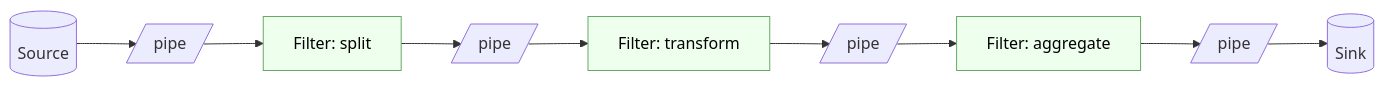
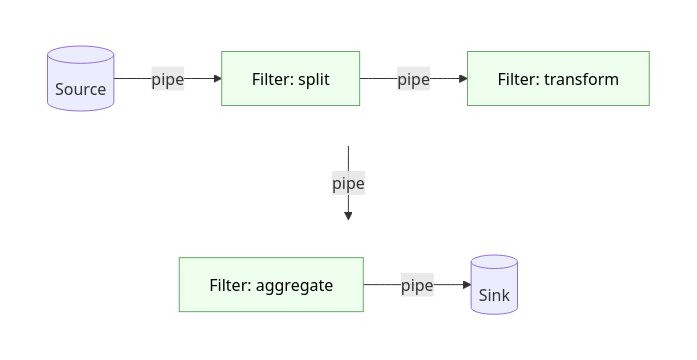
One commit to vrthra/open-swe-book changed the fifth of 11 diagrams in chapters/07-architectural-patterns/README.md. Above: the diagram before and after it, drawn with Mermaid. The commit also changed other lines of this file and 23 other files, not shown here.

Commit message:
Update tab order and fixed diagrams

````diff
--- a/chapters/07-architectural-patterns/README.md
+++ b/chapters/07-architectural-patterns/README.md
@@ -688,6 +689,16 @@
 ```mermaid
-flowchart LR
-    Src[(Source)] --> P1[/pipe/] --> F1[Filter: split] --> P2[/pipe/] --> F2[Filter: transform] --> P3[/pipe/] --> F3[Filter: aggregate] --> P4[/pipe/] --> Sink[(Sink)]
+flowchart TD
+    subgraph R1 [" "]
+        direction LR
+        Src[(Source)] -->|pipe| F1["Filter: split"] -->|pipe| F2["Filter: transform"]
+    end
+    subgraph R2 [" "]
+        direction LR
+        F3["Filter: aggregate"] -->|pipe| Sink[(Sink)]
+    end
+    R1 -->|pipe| R2
     classDef f fill:#efe,stroke:#6a6,color:#000;
     class F1,F2,F3 f;
+    style R1 fill:none,stroke:none
+    style R2 fill:none,stroke:none
 ```
````
